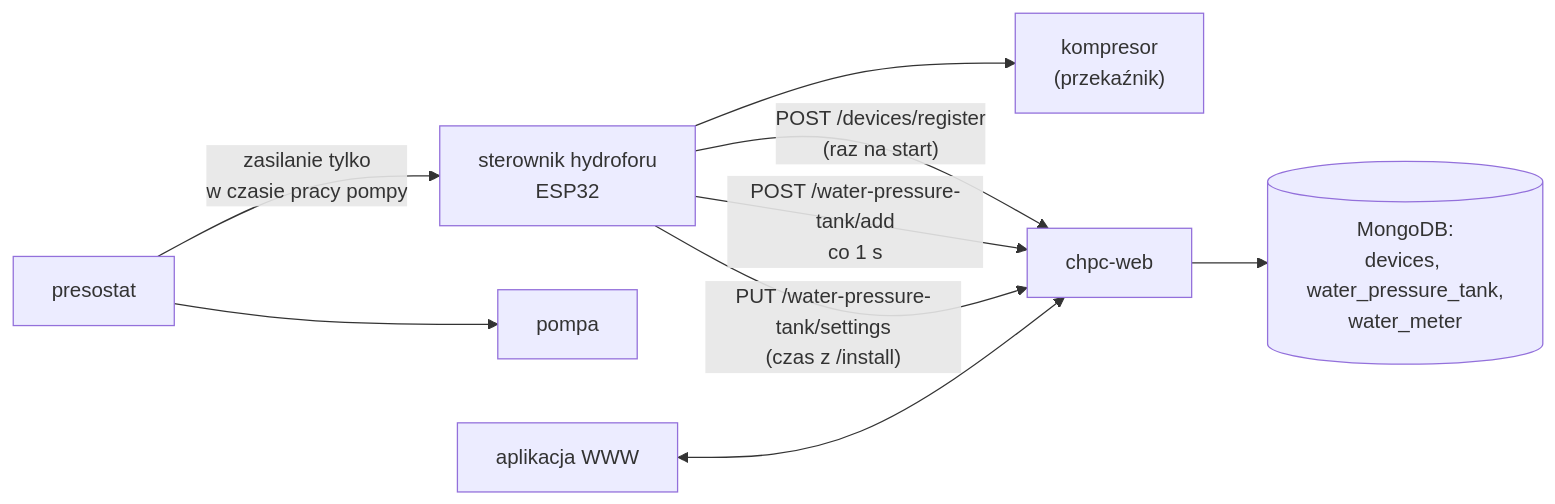
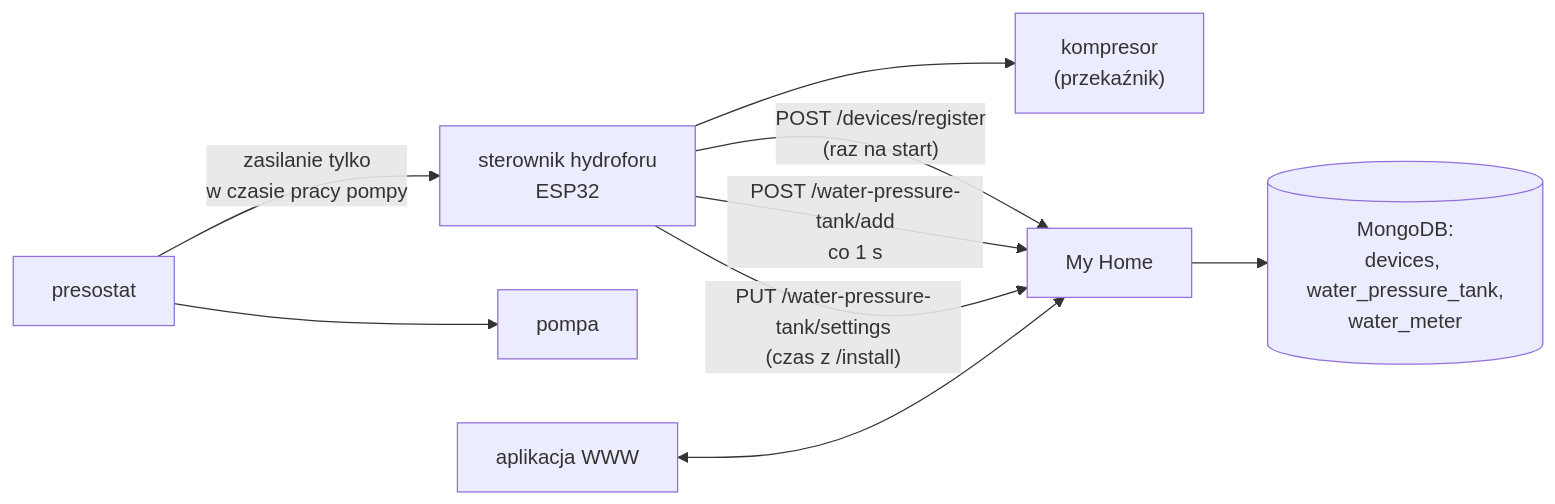
Before and after one commit to robertorlowski/chpc-web: the first of 5 diagrams in docs/moduly/water-pressure-tank/2-zasada-dzialania.md, drawn with Mermaid. The commit also changed 37 other files, not shown here.

First line of the commit message:
Dokumentacja: nazwa systemu My Home zamiast chpc-web, README po angielsku

````diff
--- a/docs/moduly/water-pressure-tank/2-zasada-dzialania.md
+++ b/docs/moduly/water-pressure-tank/2-zasada-dzialania.md
@@ -7,11 +7,11 @@
 ```mermaid
 flowchart LR
     PS["presostat"] -- "zasilanie tylko<br/>w czasie pracy pompy" --> ESP["sterownik hydroforu<br/>ESP32"]
     PS --> PUMP["pompa"]
     ESP --> COMP["kompresor<br/>(przekaźnik)"]
-    ESP -- "POST /devices/register<br/>(raz na start)" --> SRV["chpc-web"]
+    ESP -- "POST /devices/register<br/>(raz na start)" --> SRV["My Home"]
     ESP -- "POST /water-pressure-tank/add<br/>co 1 s" --> SRV
     ESP -- "PUT /water-pressure-tank/settings<br/>(czas z /install)" --> SRV
     SRV --> DB[("MongoDB:<br/>devices, water_pressure_tank,<br/>water_meter")]
     WEB["aplikacja WWW"] <--> SRV
 ```
````
